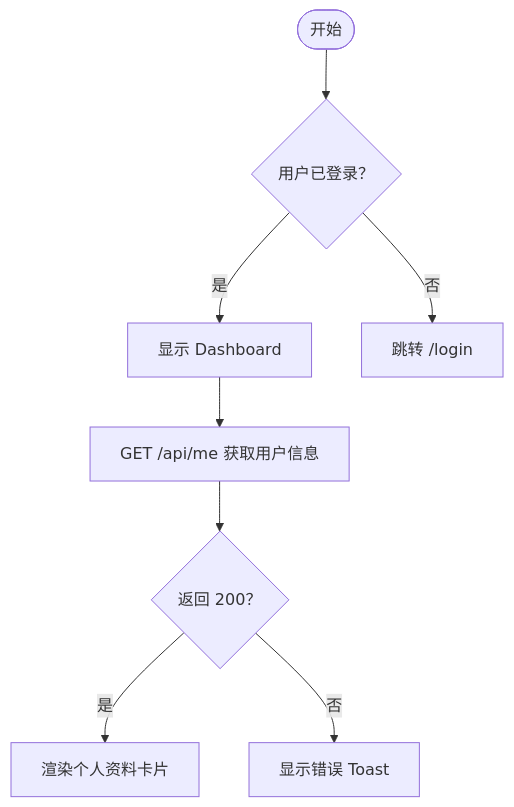
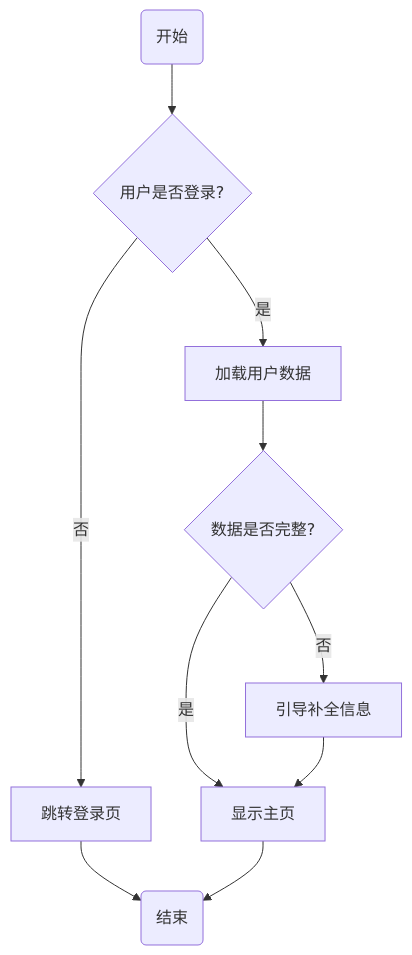
Before and after one commit to 2019-02-18/agent-skills: the diagram in README.zh-CN.md, drawn with Mermaid. The commit also changed other lines of this file and 1 other file, not shown here.

````diff
--- a/README.zh-CN.md
+++ b/README.zh-CN.md
@@ -95,10 +85,12 @@
 ```mermaid
 flowchart TD
-    A([开始]) --> B{用户已登录？}
-    B -- 是 --> C[显示 Dashboard]
-    B -- 否 --> D[跳转 /login]
-    C --> E[GET /api/me 获取用户信息]
-    E --> F{返回 200？}
-    F -- 是 --> G[渲染个人资料卡片]
-    F -- 否 --> H[显示错误 Toast]
+    A(开始) --> B{用户是否登录?}
+    B -->|是| C[加载用户数据]
+    B -->|否| D[跳转登录页]
+    C --> E{数据是否完整?}
+    E -->|是| F[显示主页]
+    E -->|否| G[引导补全信息]
+    G --> F
+    D --> H(结束)
+    F --> H
 ```
````
